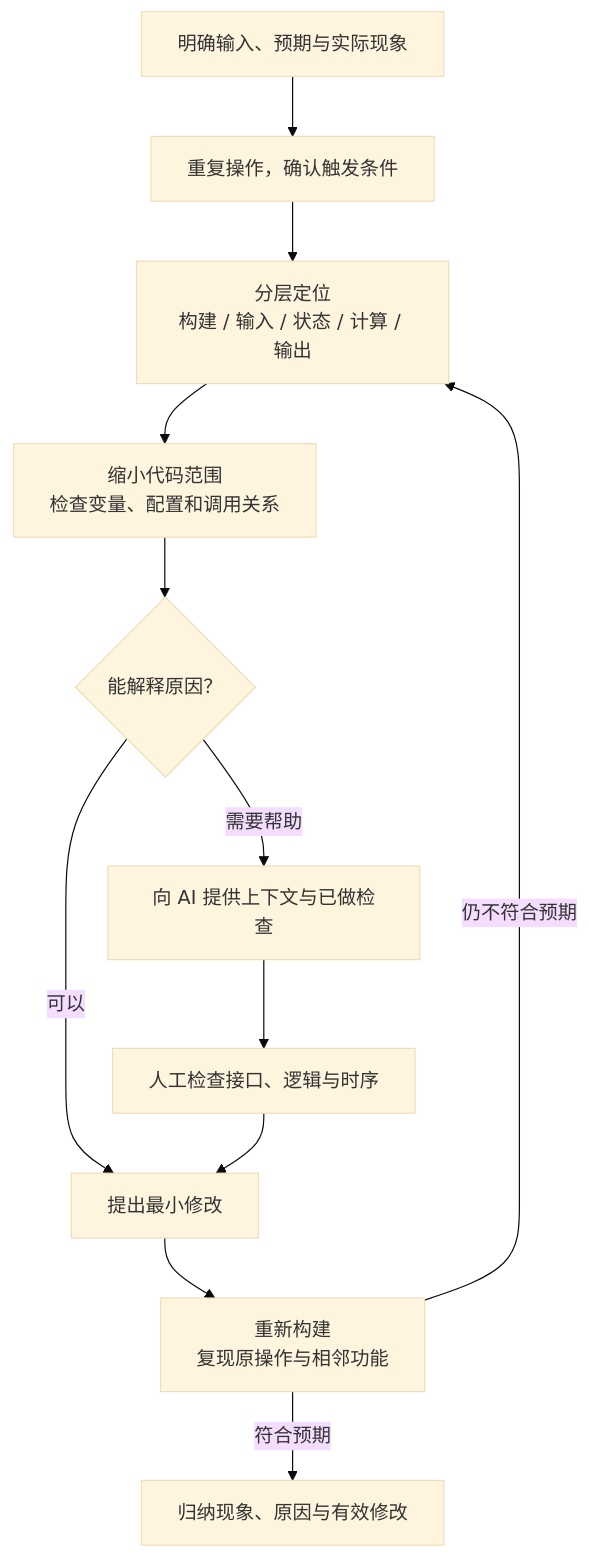
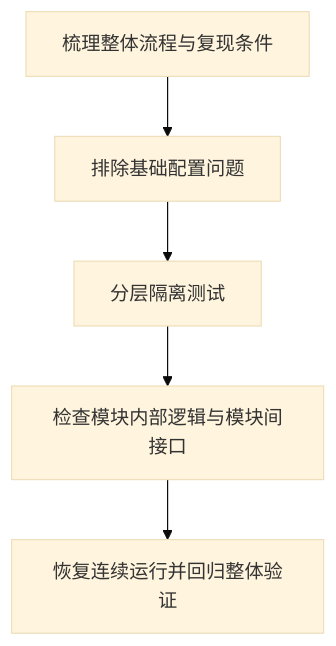
The diagram in assets/diagrams/debug.mmd (woaijieyang/0001_electronic_organ_design), drawn with Mermaid (base theme) before and after one commit. The commit also changed 11 other files, not shown here.

```diff
--- a/assets/diagrams/debug.mmd
+++ b/assets/diagrams/debug.mmd
@@ -1,15 +1,5 @@
 flowchart TB
- A[明确输入、预期与实际现象] --> B[重复操作，确认触发条件]
- B --> C[分层定位
-构建 / 输入 / 状态 / 计算 / 输出]
- C --> D[缩小代码范围
-检查变量、配置和调用关系]
- D --> E{能解释原因？}
- E -->|可以| F[提出最小修改]
- E -->|需要帮助| G[向 AI 提供上下文与已做检查]
- G --> H[人工检查接口、逻辑与时序]
- H --> F
- F --> I[重新构建
-复现原操作与相邻功能]
- I -->|仍不符合预期| C
- I -->|符合预期| J[归纳现象、原因与有效修改]
+ A[梳理整体流程与复现条件] --> B[排除基础配置问题]
+ B --> C[分层隔离测试]
+ C --> D[检查模块内部逻辑与模块间接口]
+ D --> E[恢复连续运行并回归整体验证]
```
